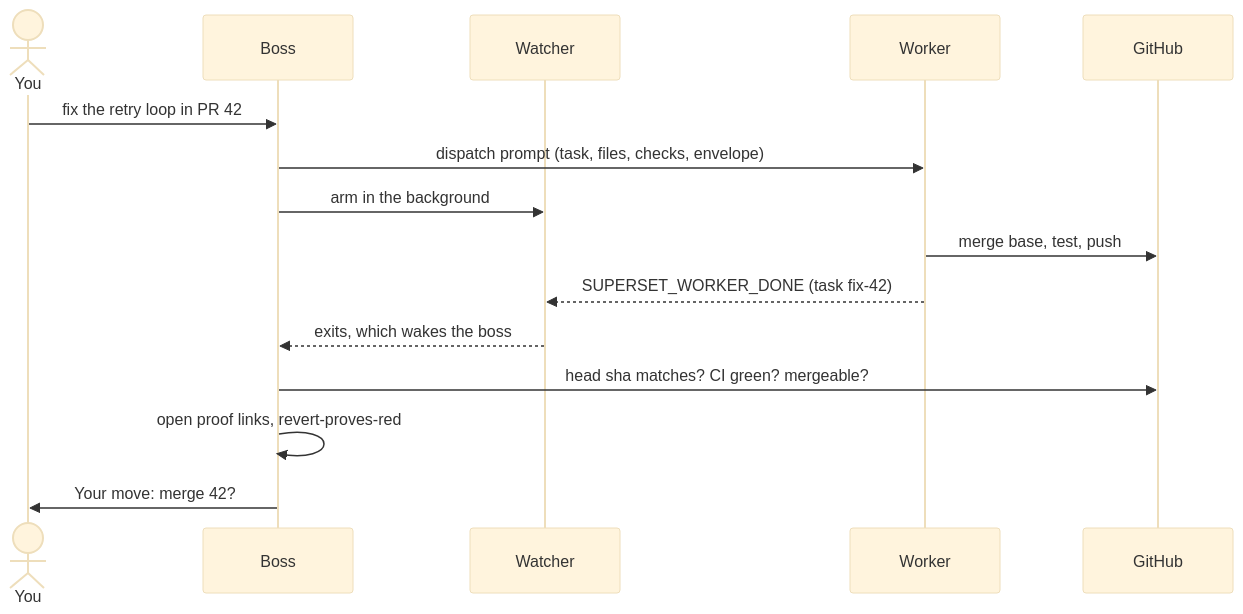
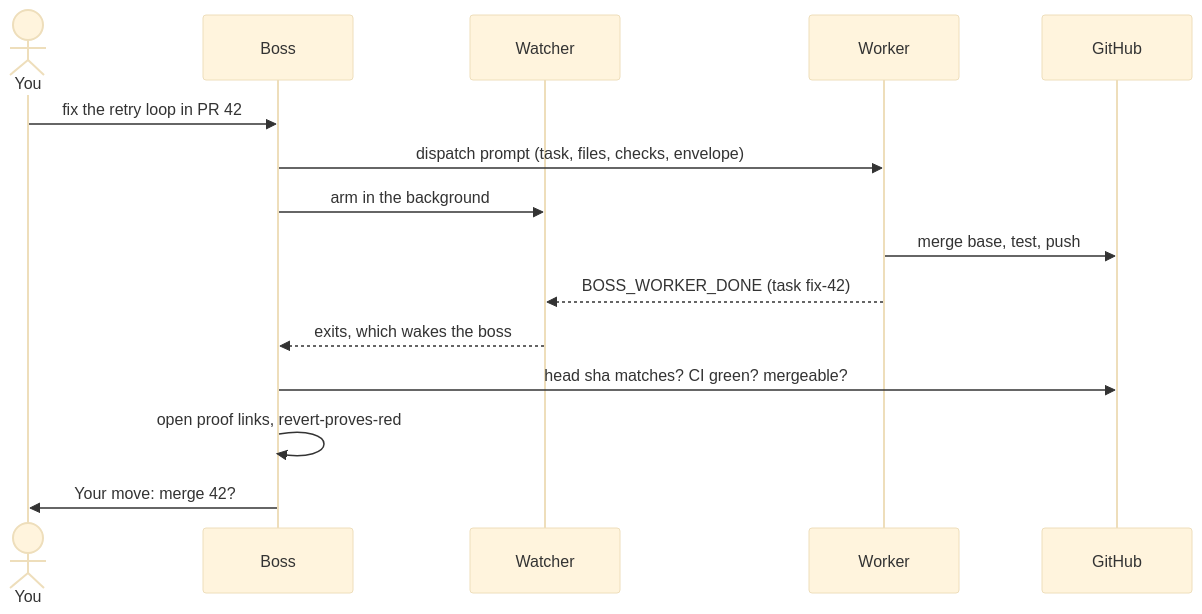
The second of 2 diagrams in README.md (shlior7/boss-kit), drawn with Mermaid (base theme) before and after one commit. The commit also changed other lines of this file and 3 other files, not shown here.

````diff
--- a/README.md
+++ b/README.md
@@ -189,17 +259,17 @@
 ```mermaid
 sequenceDiagram
   actor You
   participant Boss
   participant Watcher
   participant Worker
   participant GitHub
   You->>Boss: fix the retry loop in PR 42
   Boss->>Worker: dispatch prompt (task, files, checks, envelope)
   Boss->>Watcher: arm in the background
   Worker->>GitHub: merge base, test, push
-  Worker-->>Watcher: SUPERSET_WORKER_DONE (task fix-42)
+  Worker-->>Watcher: BOSS_WORKER_DONE (task fix-42)
   Watcher-->>Boss: exits, which wakes the boss
   Boss->>GitHub: head sha matches? CI green? mergeable?
   Boss->>Boss: open proof links, revert-proves-red
   Boss->>You: Your move: merge 42?
 ```
````
